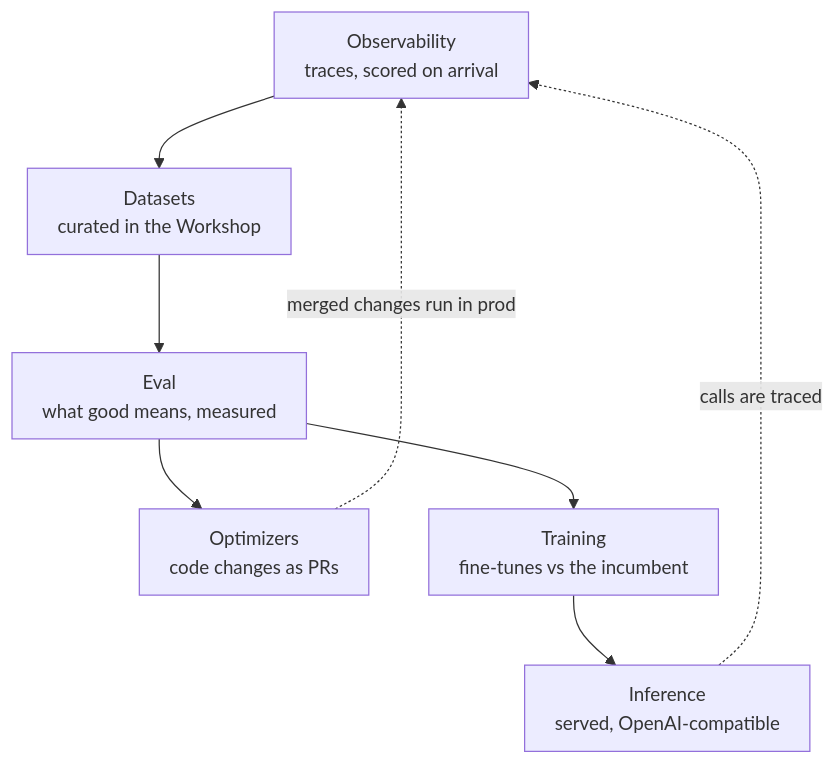
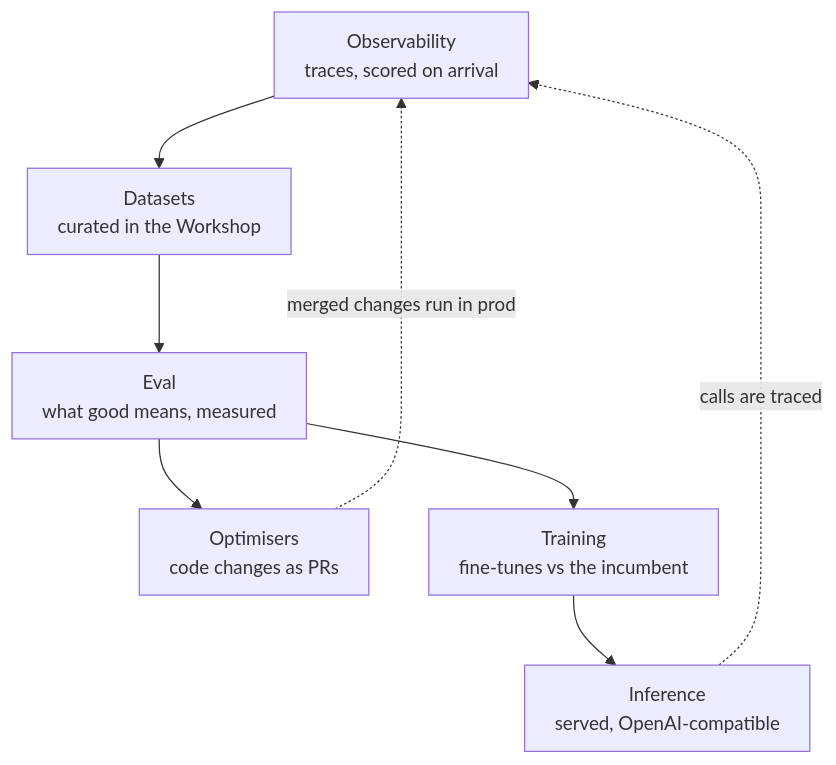
One commit to overmind-core/docs changed the diagram in index.mdx. Above: the diagram before and after it, drawn with Mermaid. The commit also changed other lines of this file and 13 other files, not shown here.

````diff
--- a/index.mdx
+++ b/index.mdx
@@ -11,11 +11,11 @@
 ```mermaid
 %%{init: {"flowchart": {"nodeSpacing": 48, "rankSpacing": 56, "padding": 12, "curve": "basis"}, "themeVariables": {"fontSize": "15px", "fontFamily": "PP Neue Montreal, system-ui, sans-serif"}}}%%
 flowchart TB
     O["Observability<br/>traces, scored on arrival"] --> D["Datasets<br/>curated in the Workshop"]
     D --> E["Eval<br/>what good means, measured"]
-    E --> OP["Optimizers<br/>code changes as PRs"]
+    E --> OP["Optimisers<br/>code changes as PRs"]
     E --> T["Training<br/>fine-tunes vs the incumbent"]
     T --> I["Inference<br/>served, OpenAI-compatible"]
     OP -. "merged changes run in prod" .-> O
     I -. "calls are traced" .-> O
 ```
````
